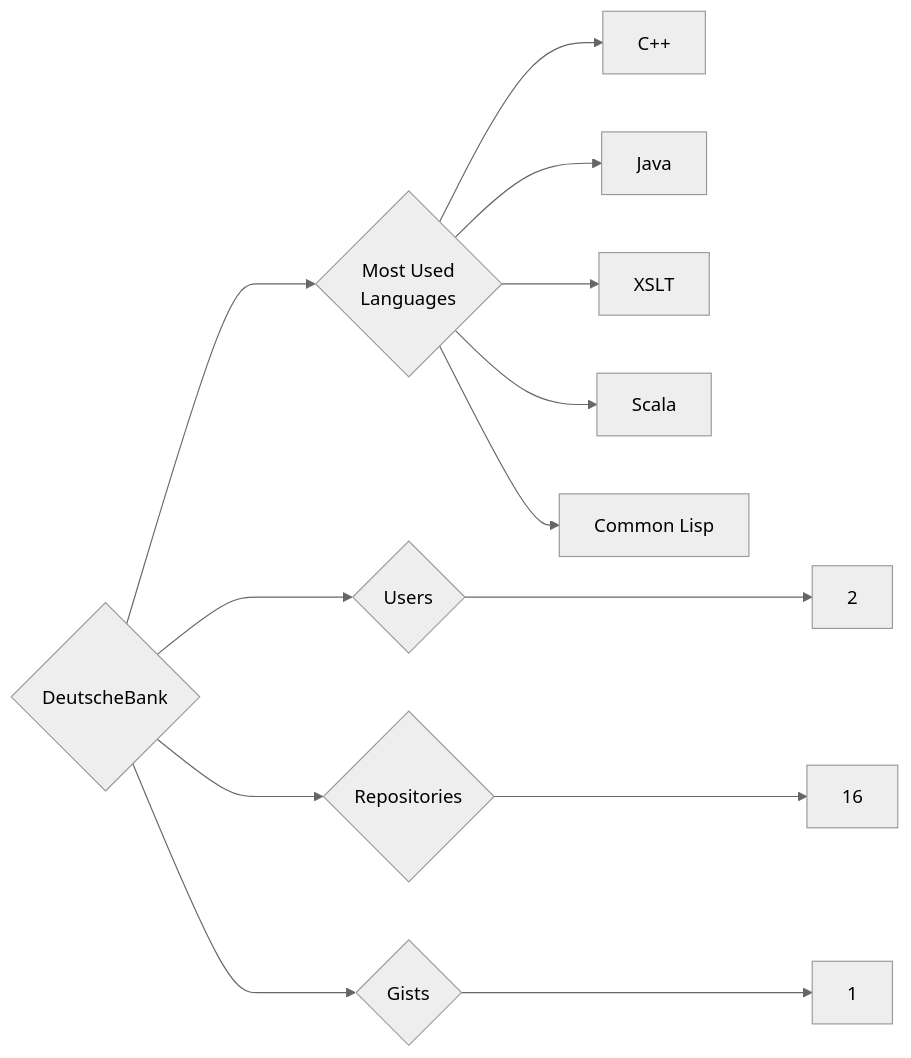
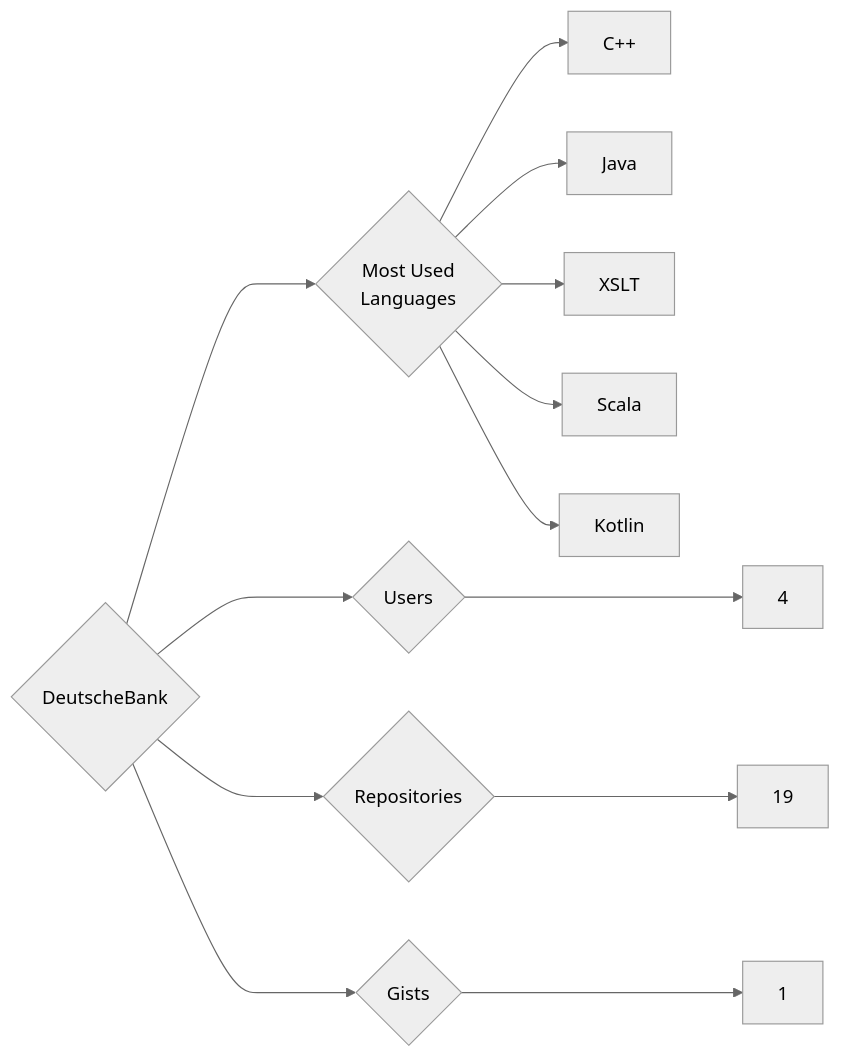
One commit to trickest/insiders changed the diagram in targets/DeutscheBank/README.md. Above: the diagram before and after it, drawn with Mermaid (neutral theme). The commit also changed 880 other files, not shown here.

````diff
--- a/targets/DeutscheBank/README.md
+++ b/targets/DeutscheBank/README.md
@@ -3,13 +3,13 @@
 ```mermaid
 graph LR
 COMPANY_NAME{DeutscheBank}
-COMPANY_NAME ---> U{Users} ---> UN[2]
-COMPANY_NAME ---> R{Repositories} ---> RN[16]
+COMPANY_NAME ---> U{Users} ---> UN[4]
+COMPANY_NAME ---> R{Repositories} ---> RN[19]
 COMPANY_NAME ---> G{Gists} ---> GN[1]
 COMPANY_NAME ---> ML{Most Used<br>Languages}
 ML --> C++[C++]
 ML --> Java[Java]
 ML --> XSLT[XSLT]
 ML --> Scala[Scala]
-ML --> Common_Lisp[Common Lisp]
+ML --> Kotlin[Kotlin]
 ```
````
